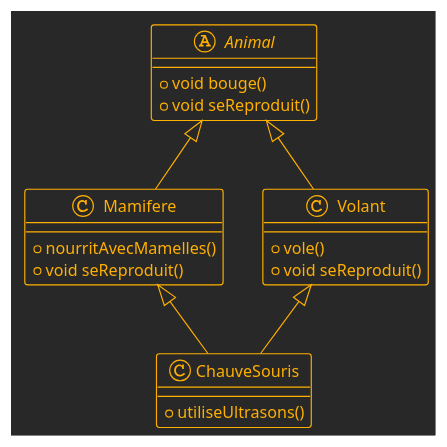
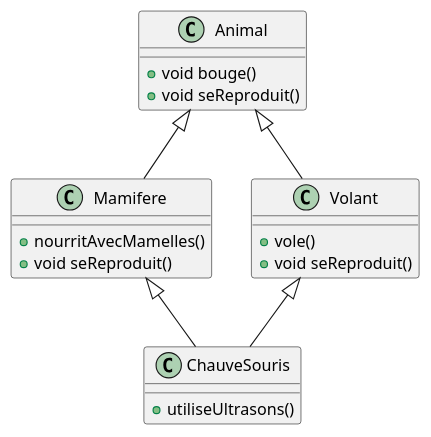
Before and after one commit to 2022-CAD-B3-2ITECH/java-fondamental: the diagram in modelisation/animal.plantuml, drawn with PlantUML. The commit also changed 7 other files, not shown here.

```diff
--- a/modelisation/animal.plantuml
+++ b/modelisation/animal.plantuml
@@ -1,18 +1,17 @@
 @startuml
-!theme crt-amber
-abstract class Animal {
+class Animal {
    + void bouge()
    + void seReproduit()
 }
 class Mamifere extends Animal {
    + nourritAvecMamelles()
    + void seReproduit()
 }
 class Volant extends Animal {
    + vole()
    + void seReproduit()
 }
 class ChauveSouris extends Mamifere, Volant{
    + utiliseUltrasons()
 }
 @enduml
```
